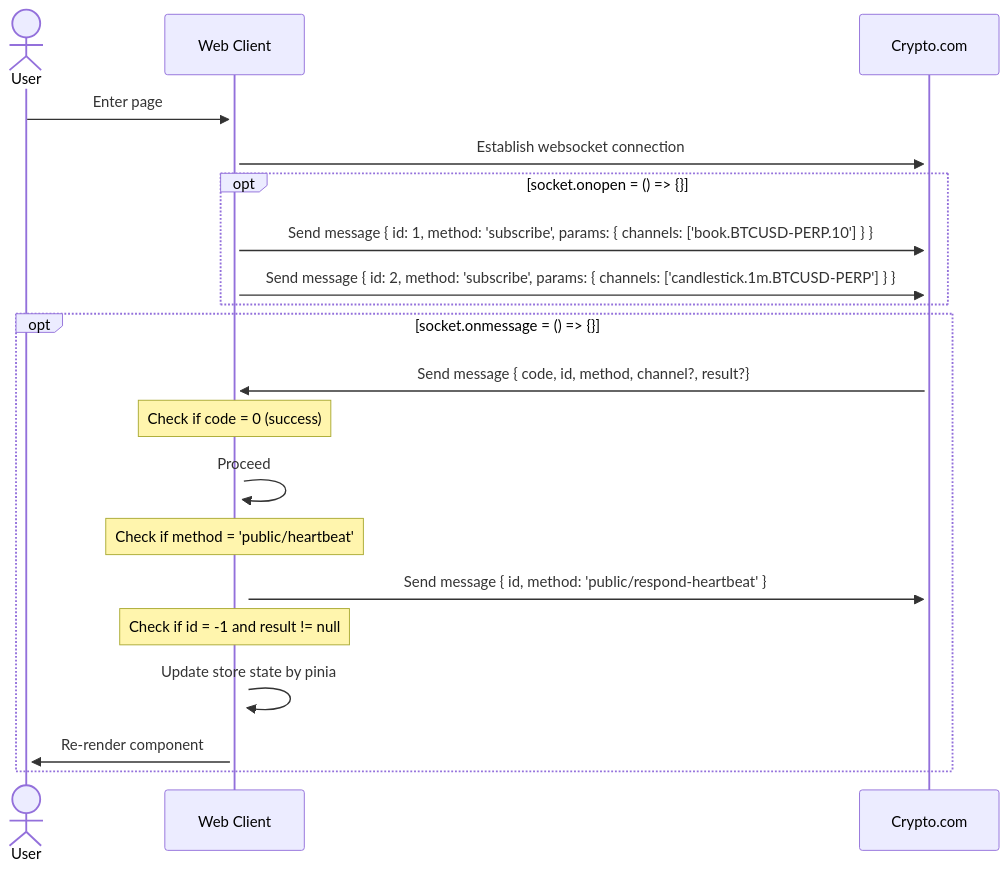
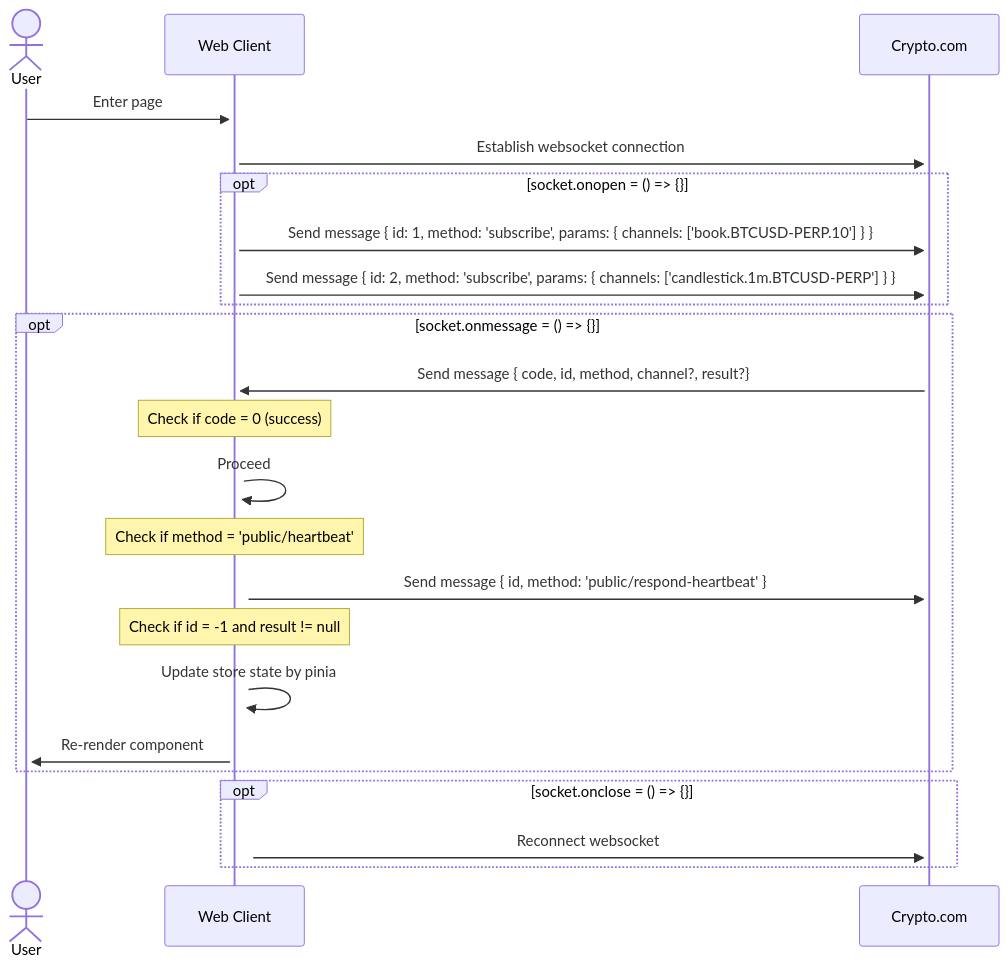
Before and after one commit to YuAnWu0000/cryptoExchange: the diagram in README.md, drawn with Mermaid.

Commit message:
UPDATE: Websocket flow chart in README.md

````diff
--- a/README.md
+++ b/README.md
@@ -11,23 +11,25 @@
 ```mermaid
 sequenceDiagram
   actor User
   participant Web Client
   participant Crypto.com
   User ->>+ Web Client: Enter page
   Web Client ->>+ Crypto.com: Establish websocket connection
   opt socket.onopen = () => {}
   Web Client->>+ Crypto.com: Send message { id: 1, method: 'subscribe', params: { channels: ['book.BTCUSD-PERP.10'] } }
   Web Client->>+ Crypto.com: Send message { id: 2, method: 'subscribe', params: { channels: ['candlestick.1m.BTCUSD-PERP'] } }
   end
   opt socket.onmessage = () => {}
   Crypto.com->>+ Web Client: Send message { code, id, method, channel?, result?}
   Note over Web Client: Check if code = 0 (success)
   Web Client->>+ Web Client: Proceed
   Note over Web Client: Check if method = 'public/heartbeat'
   Web Client->>+ Crypto.com: Send message { id, method: 'public/respond-heartbeat' }
   Note over Web Client: Check if id = -1 and result != null
   Web Client->>+ Web Client: Update store state by pinia
   Web Client->>+ User: Re-render component
-
+  end
+  opt socket.onclose = () => {}
+  Web Client->>+ Crypto.com: Reconnect websocket
   end
 ```
````
